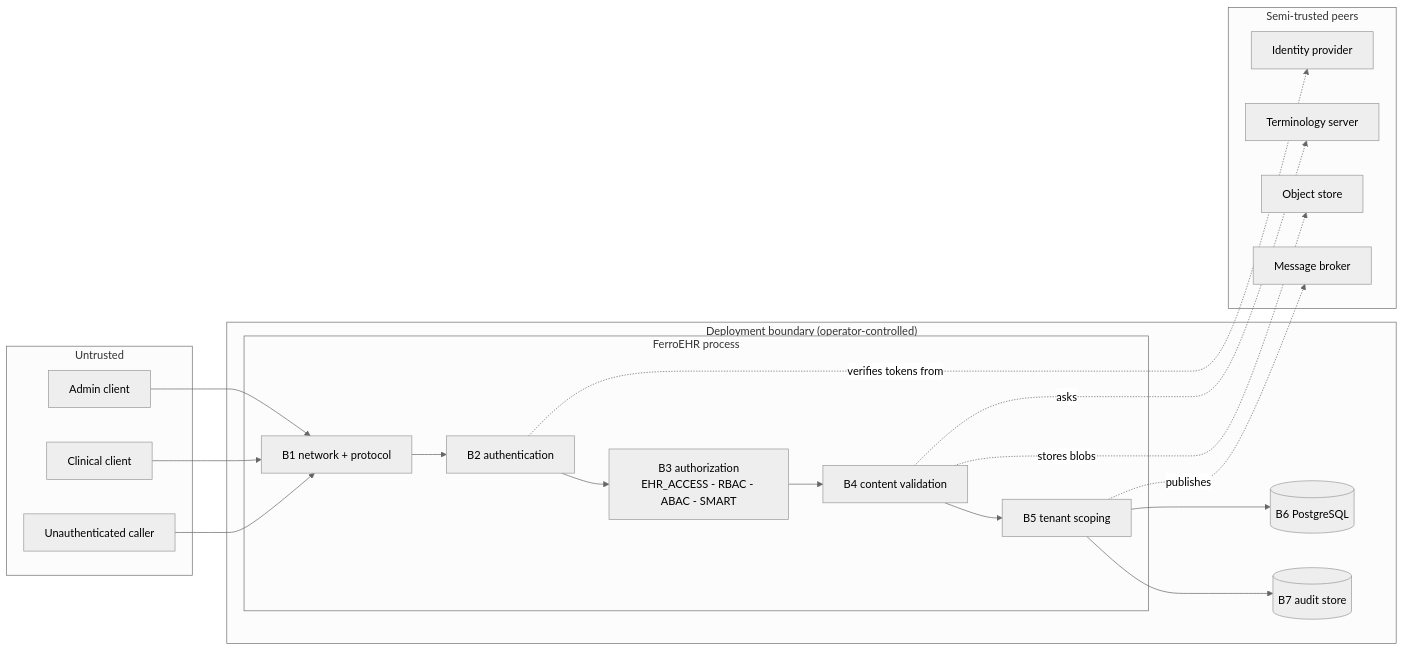
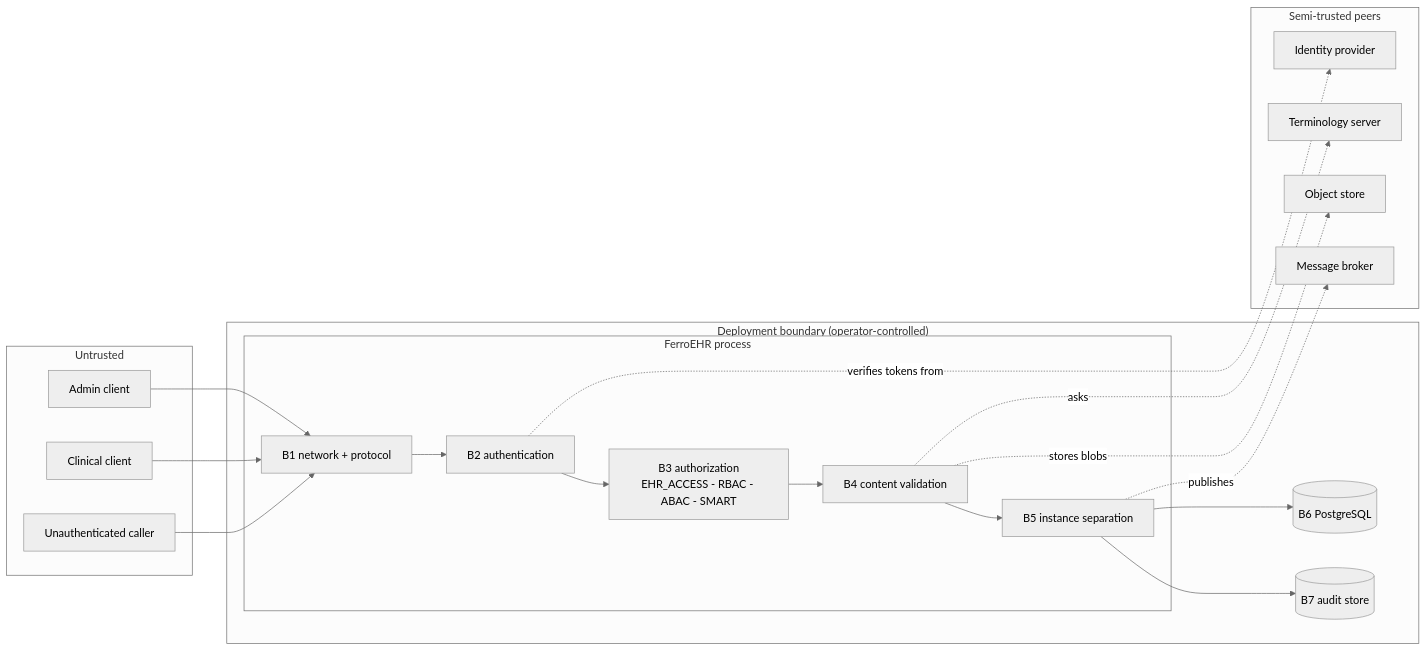
Before and after one commit to rubentalstra/FerroEHR: the diagram in website/book/src/threat-model.md, drawn with Mermaid (neutral theme). The commit also changed other lines of this file and 42 other files, not shown here.

````diff
--- a/website/book/src/threat-model.md
+++ b/website/book/src/threat-model.md
@@ -70,38 +69,38 @@
 ```mermaid
 flowchart LR
   subgraph Untrusted
     U[Unauthenticated caller]
     C[Clinical client]
     A[Admin client]
   end
   subgraph Deployment["Deployment boundary (operator-controlled)"]
     subgraph Server["FerroEHR process"]
       B1["B1 network + protocol"]
       B2["B2 authentication"]
       B3["B3 authorization<br/>EHR_ACCESS - RBAC - ABAC - SMART"]
       B4["B4 content validation"]
-      B5["B5 tenant scoping"]
+      B5["B5 instance separation"]
     end
     DB[("B6 PostgreSQL")]
     AUD[("B7 audit store")]
   end
   subgraph External["Semi-trusted peers"]
     IDP[Identity provider]
     TS[Terminology server]
     S3[Object store]
     MQ[Message broker]
   end
   U --> B1
   C --> B1
   A --> B1
   B1 --> B2
   B2 --> B3
   B3 --> B4
   B4 --> B5
   B5 --> DB
   B5 --> AUD
   B2 -.verifies tokens from.-> IDP
   B4 -.asks.-> TS
   B4 -.stores blobs.-> S3
   B5 -.publishes.-> MQ
 ```
````
